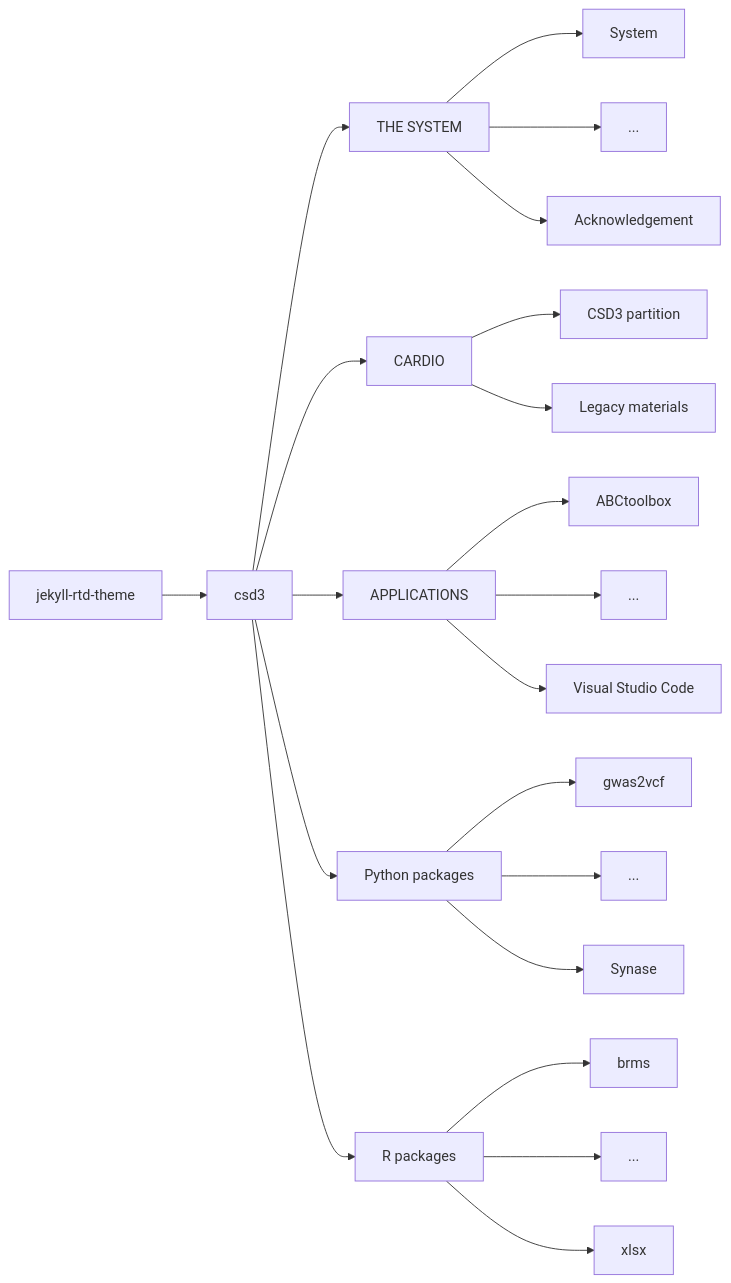
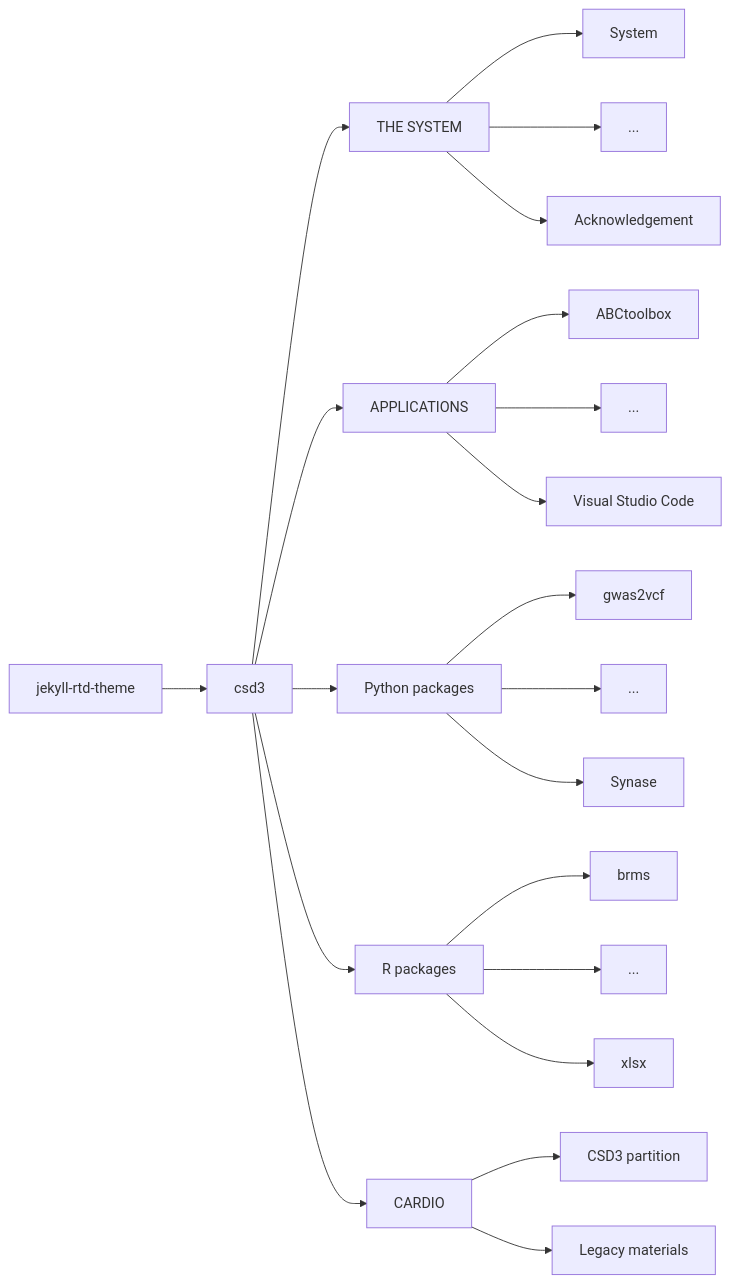
The diagram in README.md (cambridge-ceu/csd3), drawn with Mermaid before and after one commit. The commit also changed other lines of this file and 4 other files, not shown here.

````diff
--- a/README.md
+++ b/README.md
@@ -10,23 +10,23 @@
 ```mermaid
 graph LR;
 jekyll-rtd-theme --> csd3
 csd3 --> system["THE SYSTEM"]
-csd3 --> cardio["CARDIO"]
 csd3 --> applications["APPLICATIONS"]
 csd3 --> Python["Python packages"]
 csd3 --> R["R packages"]
+csd3 --> cardio["CARDIO"]
 system --> System
 system --> sysdot["..."]
 system --> Acknowledgement
 cardio --> cp["CSD3 partition"]
 cardio --> lm["Legacy materials"]
 applications --> ABCtoolbox
 applications --> appdot["..."]
 applications --> vsc["Visual Studio Code"]
 Python --> gwas2vcf
 Python --> Pythondot["..."]
 Python --> Synase
 R --> brms
 R --> Rdot["..."]
 R --> xlsx
 ```
````
